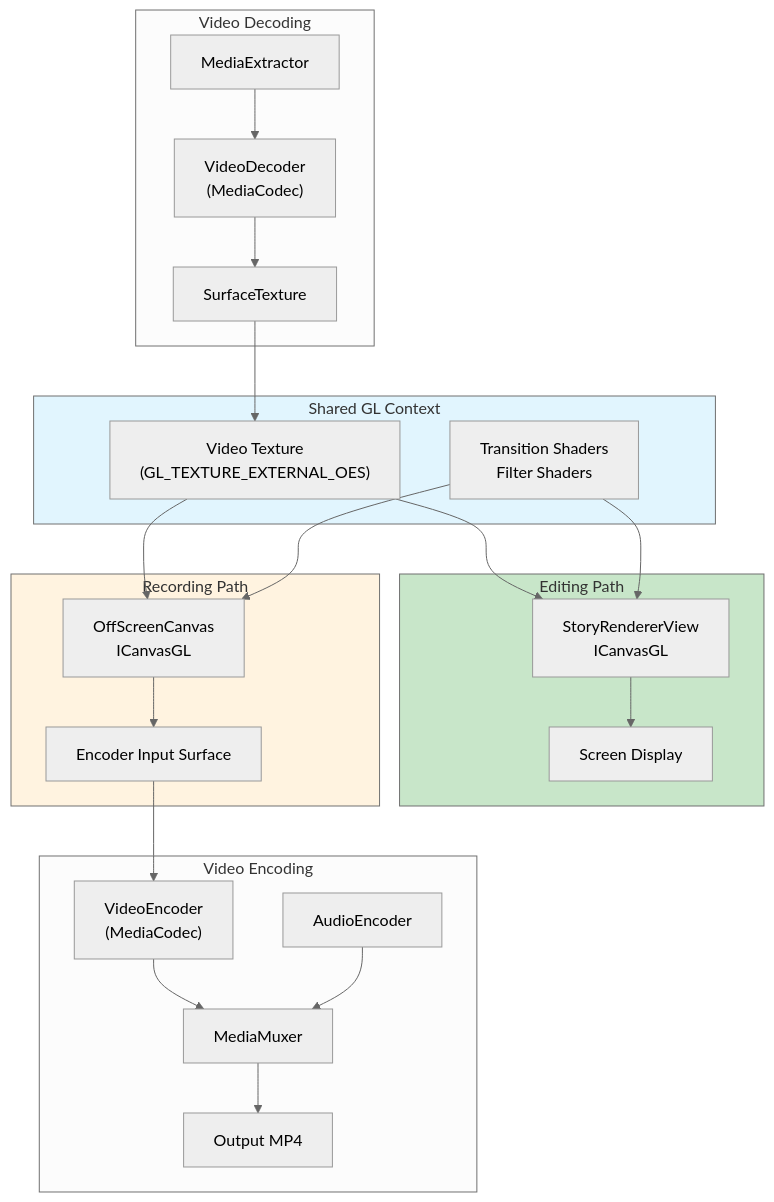
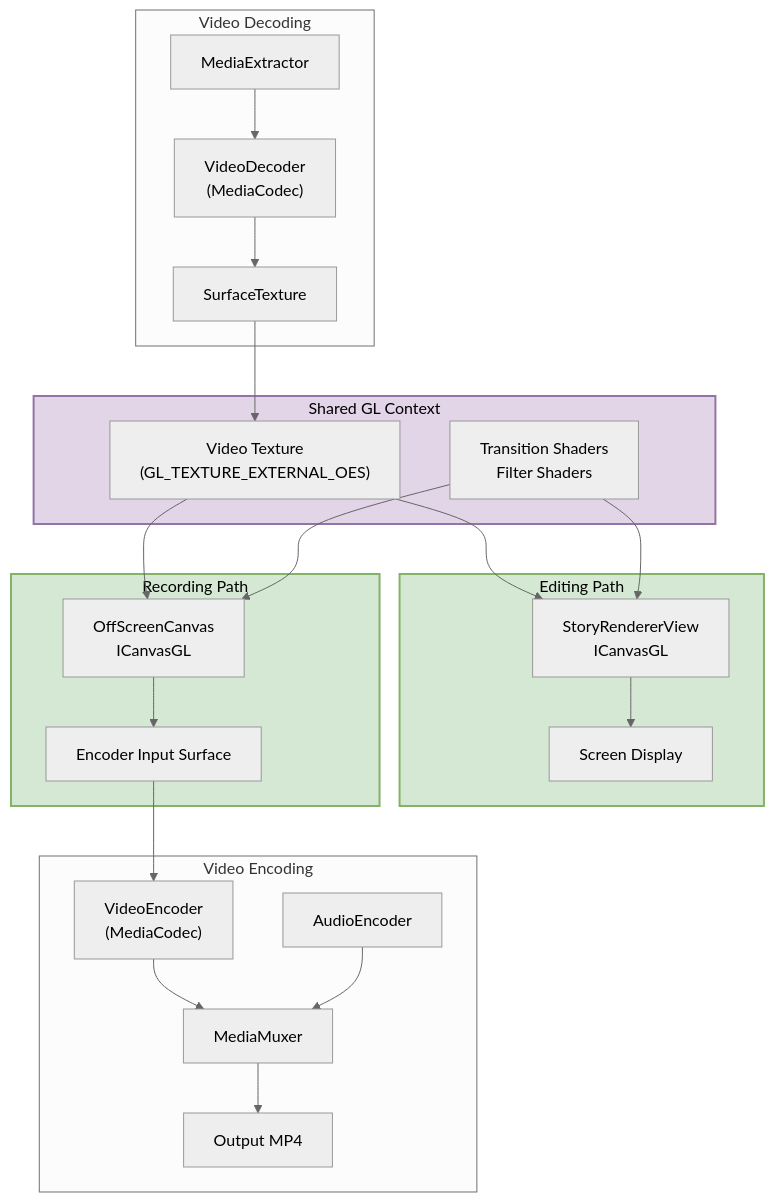
Before and after one commit to monday8am/monday8am.github.io: the fourth of 5 diagrams in _posts/2021-11-21-storybeat-tales.md, drawn with Mermaid (neutral theme). The commit also changed other lines of this file, not shown here.

````diff
--- a/_posts/2021-11-21-storybeat-tales.md
+++ b/_posts/2021-11-21-storybeat-tales.md
@@ -317,50 +358,54 @@
 ```mermaid
 flowchart TB
+    classDef blue fill:#dae8fc,stroke:#6c8ebf,stroke-width:2px,color:black
+    classDef green fill:#d5e8d4,stroke:#82b366,stroke-width:2px,color:black
+    classDef purple fill:#e1d5e7,stroke:#9673a6,stroke-width:2px,color:black
+
     subgraph Decode["Video Decoding"]
         MediaExtractor["MediaExtractor"]
         VideoDecoder["VideoDecoder<br/>(MediaCodec)"]
         SurfaceTexture["SurfaceTexture"]
     end
 
     subgraph SharedGL["Shared GL Context"]
         VideoTex["Video Texture<br/>(GL_TEXTURE_EXTERNAL_OES)"]
         Shaders["Transition Shaders<br/>Filter Shaders"]
     end
 
     subgraph EditPath["Editing Path"]
         EditCanvas["StoryRendererView<br/>ICanvasGL"]
         Screen["Screen Display"]
     end
 
     subgraph RecordPath["Recording Path"]
         OffCanvas["OffScreenCanvas<br/>ICanvasGL"]
         EncoderSurface["Encoder Input Surface"]
     end
 
     subgraph Encode["Video Encoding"]
         VideoEncoder["VideoEncoder<br/>(MediaCodec)"]
         AudioEncoder["AudioEncoder"]
         Muxer["MediaMuxer"]
         MP4["Output MP4"]
     end
 
     MediaExtractor --> VideoDecoder
     VideoDecoder --> SurfaceTexture
     SurfaceTexture --> VideoTex
 
     VideoTex --> EditCanvas
     VideoTex --> OffCanvas
     Shaders --> EditCanvas
     Shaders --> OffCanvas
 
     EditCanvas --> Screen
     OffCanvas --> EncoderSurface
     EncoderSurface --> VideoEncoder
     VideoEncoder --> Muxer
     AudioEncoder --> Muxer
     Muxer --> MP4
 
-    style SharedGL fill:#e1f5fe
-    style EditPath fill:#c8e6c9
-    style RecordPath fill:#fff3e0
+    style SharedGL fill:#e1d5e7,stroke:#9673a6,stroke-width:2px,color:black
+    style EditPath fill:#d5e8d4,stroke:#82b366,stroke-width:2px,color:black
+    style RecordPath fill:#d5e8d4,stroke:#82b366,stroke-width:2px,color:black
 ```
````
